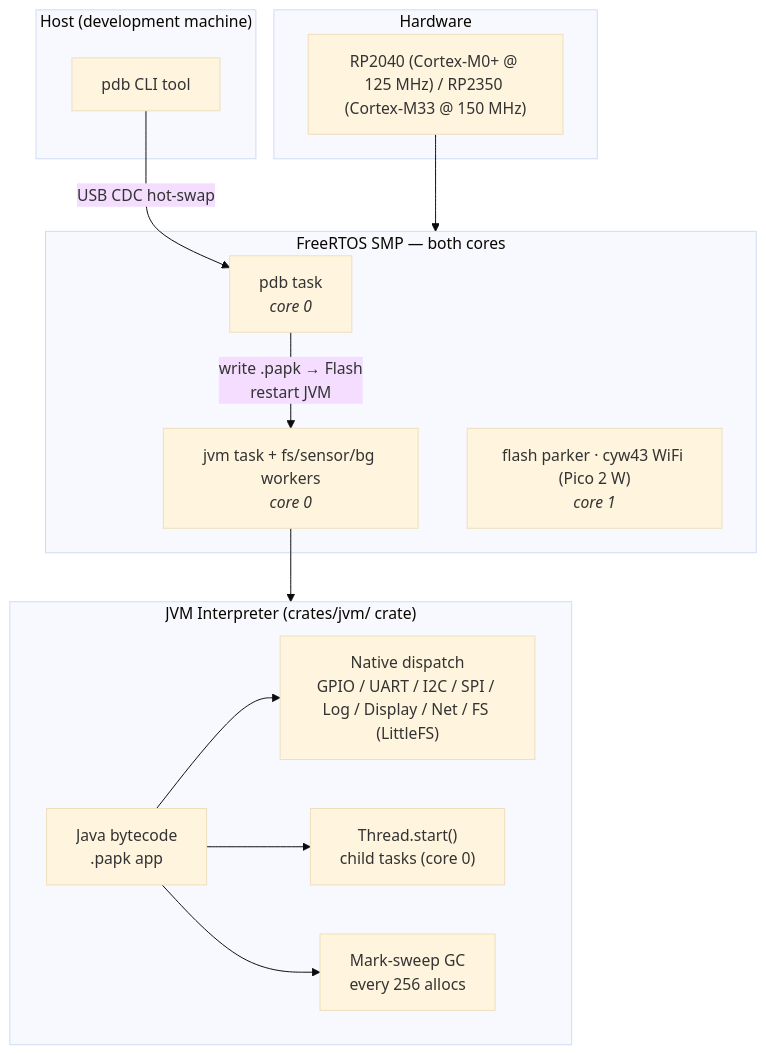
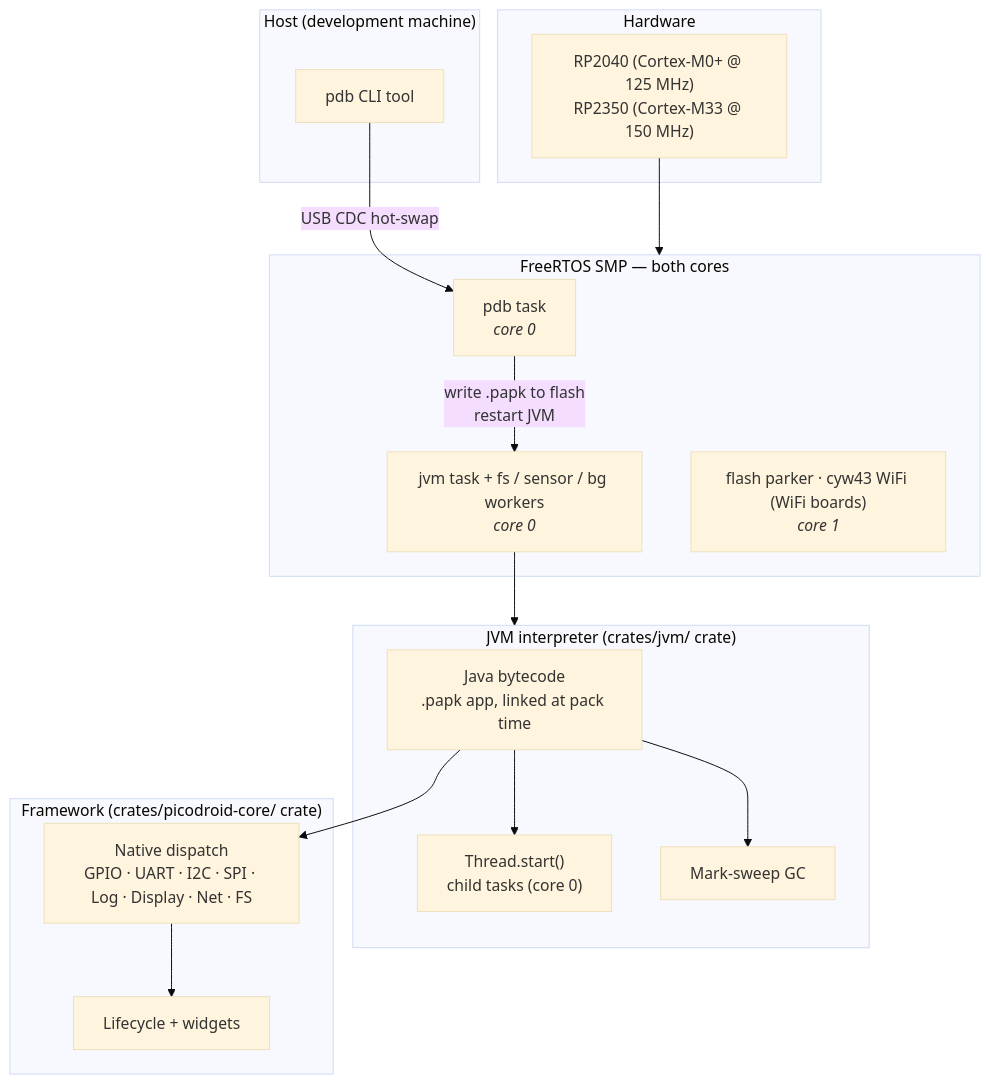
The diagram in README.md (shivrajora/picodroid-rs), drawn with Mermaid (base theme) before and after one commit. The commit also changed other lines of this file and 17 other files, not shown here.

````diff
--- a/README.md
+++ b/README.md
@@ -33,32 +34,37 @@
 ```mermaid
 graph TD
-    subgraph Hardware
-        HW["RP2040 (Cortex-M0+ @ 125 MHz) / RP2350 (Cortex-M33 @ 150 MHz)"]
-    end
-
-    subgraph FreeRTOS["FreeRTOS SMP — both cores"]
-        PDB["pdb task<br/><i>core 0</i>"]
-        JVM_TASK["jvm task + fs/sensor/bg workers<br/><i>core 0</i>"]
-        CORE1["flash parker · cyw43 WiFi (Pico 2 W)<br/><i>core 1</i>"]
-    end
-
-    subgraph JVM["JVM Interpreter (crates/jvm/ crate)"]
-        BC["Java bytecode<br/>.papk app"]
-        NATIVE["Native dispatch<br/>GPIO / UART / I2C / SPI / Log / Display / Net / FS (LittleFS)"]
-        THREADS["Thread.start()<br/>child tasks (core 0)"]
-        GC["Mark-sweep GC<br/>every 256 allocs"]
-    end
-
     subgraph Host["Host (development machine)"]
         PDB_CLI["pdb CLI tool"]
     end
 
-    HW --> FreeRTOS
+    subgraph HW["Hardware"]
+        SILICON["RP2040 (Cortex-M0+ @ 125 MHz)<br/>RP2350 (Cortex-M33 @ 150 MHz)"]
+    end
+
+    subgraph RTOS["FreeRTOS SMP — both cores"]
+        PDB["pdb task<br/><i>core 0</i>"]
+        JVM_TASK["jvm task + fs / sensor / bg workers<br/><i>core 0</i>"]
+        CORE1["flash parker · cyw43 WiFi (WiFi boards)<br/><i>core 1</i>"]
+    end
+
+    subgraph JVM["JVM interpreter (crates/jvm/ crate)"]
+        BC["Java bytecode<br/>.papk app, linked at pack time"]
+        THREADS["Thread.start()<br/>child tasks (core 0)"]
+        GC["Mark-sweep GC"]
+    end
+
+    subgraph CORE["Framework (crates/picodroid-core/ crate)"]
+        NATIVE["Native dispatch<br/>GPIO · UART · I2C · SPI · Log · Display · Net · FS"]
+        LIFECYCLE["Lifecycle + widgets"]
+    end
+
+    SILICON --> RTOS
     JVM_TASK --> JVM
-    BC --> NATIVE
     BC --> THREADS
     BC --> GC
+    BC --> NATIVE
+    NATIVE --> LIFECYCLE
 
     PDB_CLI -- "USB CDC hot-swap" --> PDB
-    PDB -- "write .papk → Flash<br/>restart JVM" --> JVM_TASK
+    PDB -- "write .papk to flash<br/>restart JVM" --> JVM_TASK
 ```
````
